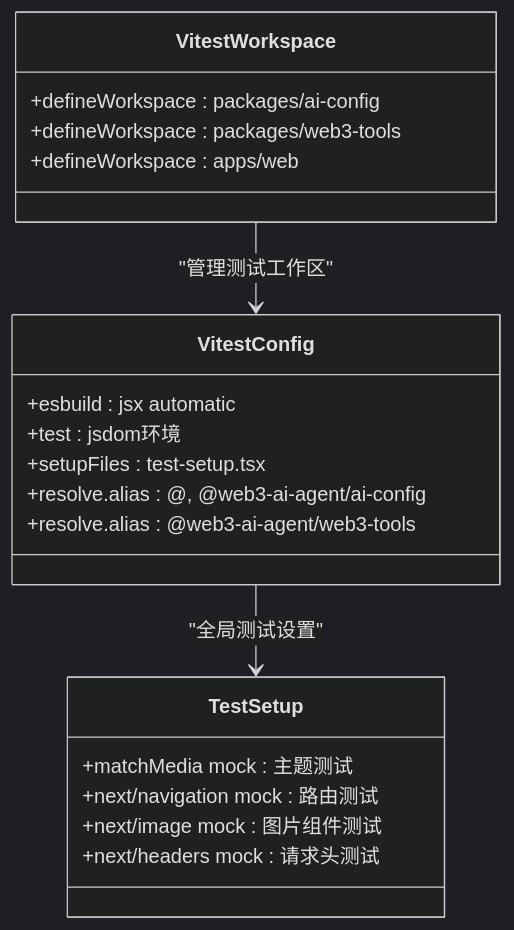
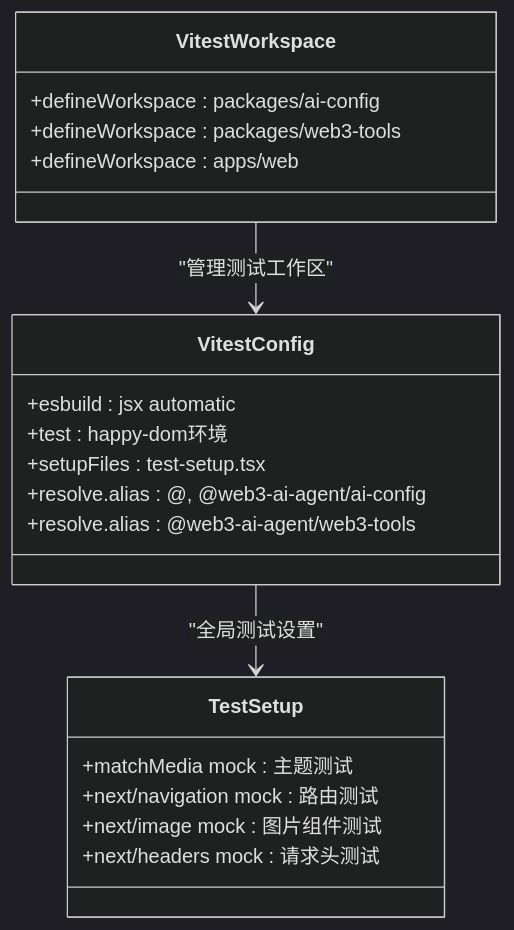
Diagram 11 of 16 in .qoder/repowiki/zh/content/项目概述/部署指南/CI_CD自动化部署.md (CryptoLinxu/Web3-AI-Agent), drawn with Mermaid (dark theme) before and after one commit. The commit also changed other lines of this file and 5 other files, not shown here.

````diff
--- a/.qoder/repowiki/zh/content/项目概述/部署指南/CI_CD自动化部署.md
+++ b/.qoder/repowiki/zh/content/项目概述/部署指南/CI_CD自动化部署.md
@@ -377,23 +387,23 @@
 ```mermaid
 classDiagram
 class VitestWorkspace {
 +defineWorkspace : packages/ai-config
 +defineWorkspace : packages/web3-tools
 +defineWorkspace : apps/web
 }
 class VitestConfig {
 +esbuild : jsx automatic
-+test : jsdom环境
++test : happy-dom环境
 +setupFiles : test-setup.tsx
 +resolve.alias : @, @web3-ai-agent/ai-config
 +resolve.alias : @web3-ai-agent/web3-tools
 }
 class TestSetup {
 +matchMedia mock : 主题测试
 +next/navigation mock : 路由测试
 +next/image mock : 图片组件测试
 +next/headers mock : 请求头测试
 }
 VitestWorkspace --> VitestConfig : "管理测试工作区"
 VitestConfig --> TestSetup : "全局测试设置"
 ```
````
